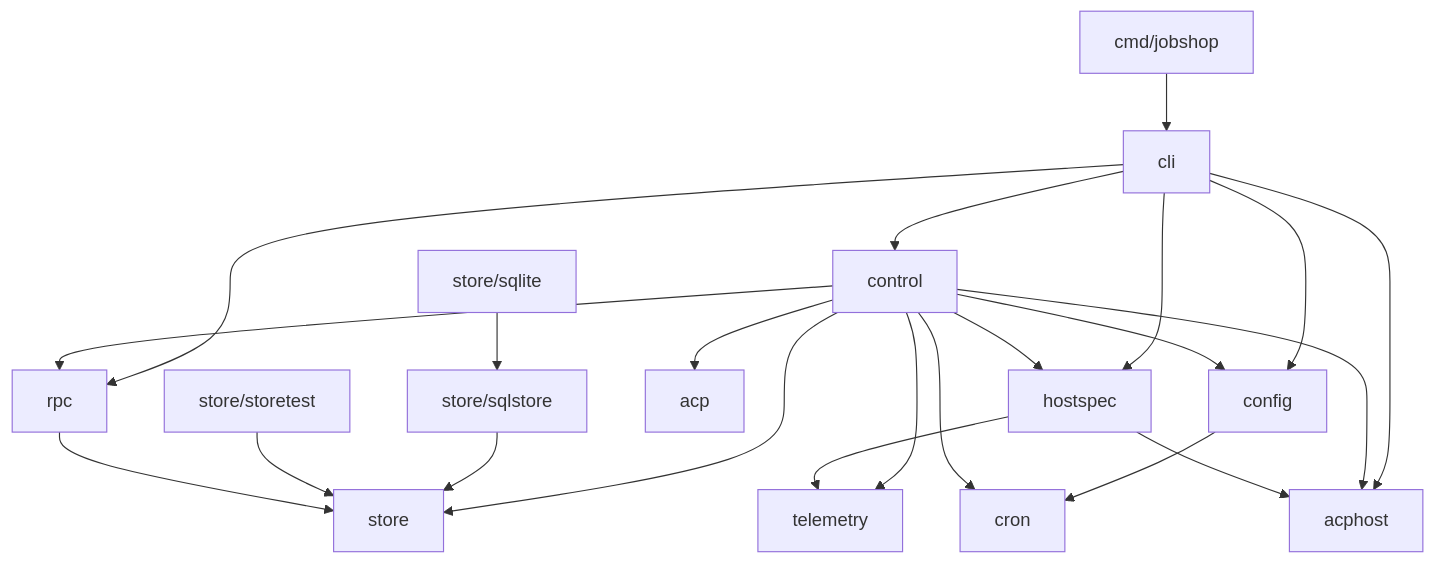
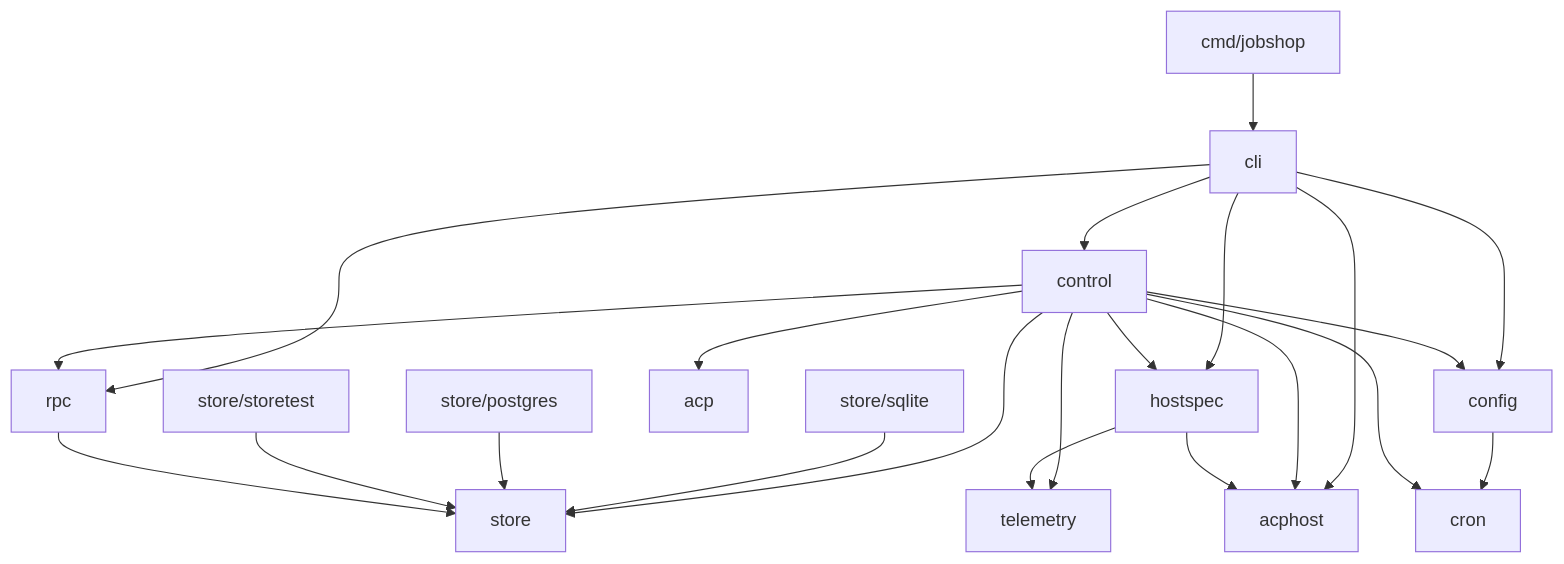
Before and after one commit to elee1766/jobshop: the diagram in docs/layout.md, drawn with Mermaid. The commit also changed other lines of this file and 24 other files, not shown here.

First line of the commit message:
refactor(store): standalone sqlite store and remove sqlstore (JOB-42) (#795)

````diff
--- a/docs/layout.md
+++ b/docs/layout.md
@@ -64,12 +64,12 @@
 ```mermaid
 flowchart TD
   cmd[cmd/jobshop] --> cli
   cli --> control & acphost & hostspec
   cli --> rpc & config
   config --> cron
   control --> store & rpc & config & telemetry & acp & acphost & hostspec & cron
   hostspec --> acphost & telemetry
-  sqlite[store/sqlite] --> sqlstore[store/sqlstore] --> store
+  sqlite[store/sqlite] & postgres[store/postgres] --> store
   storetest[store/storetest] --> store
   rpc --> store
 ```
````
